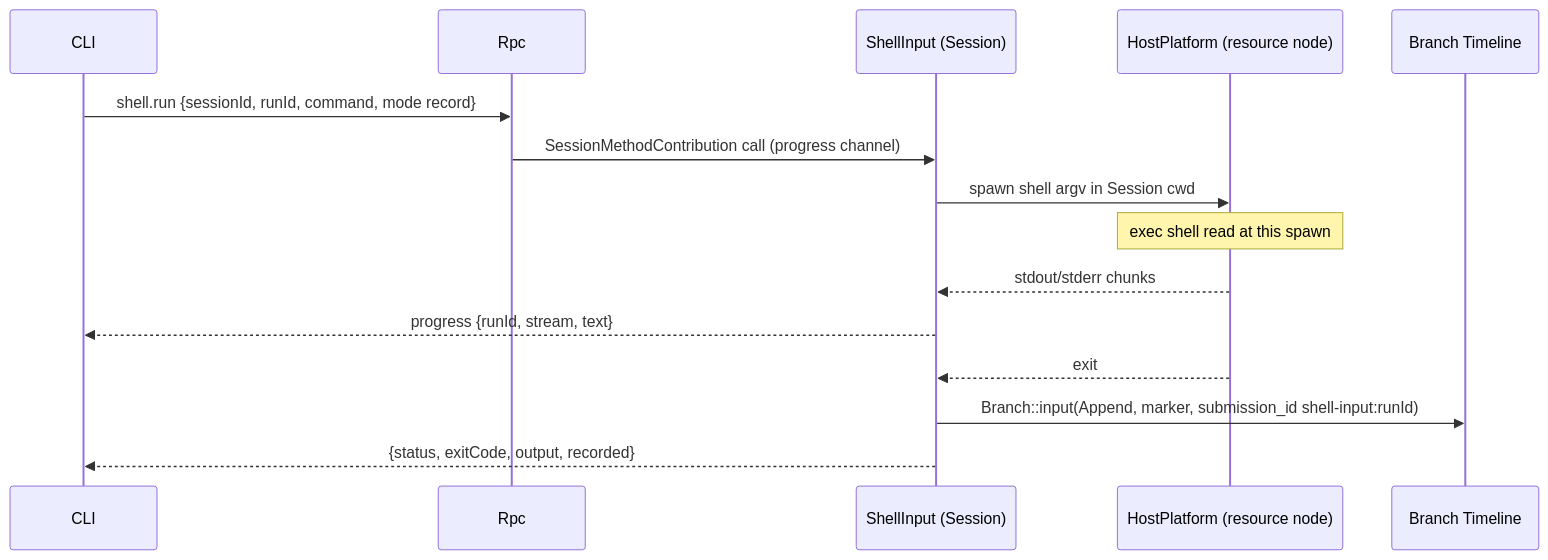
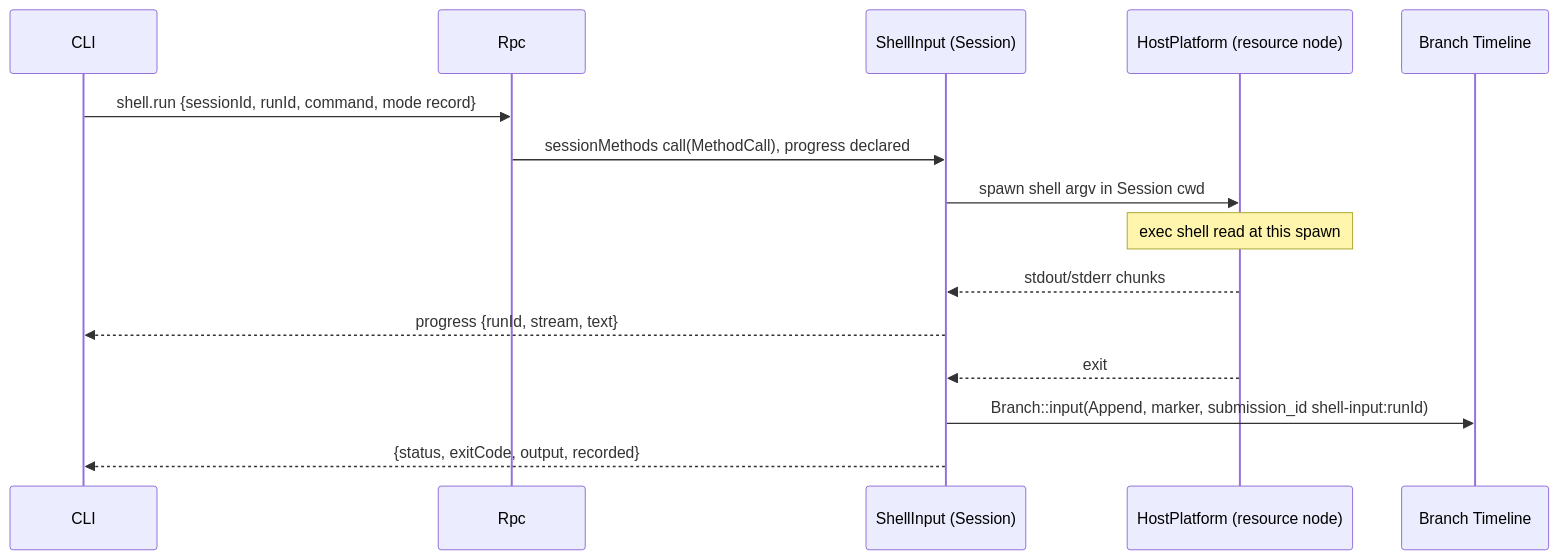
Before and after one commit to CoutinhoTTS/dim-agent: the third of 5 diagrams in docs/design/plugins/ShellInput.md, drawn with Mermaid. The commit also changed other lines of this file and 3 other files, not shown here.

````diff
--- a/docs/design/plugins/ShellInput.md
+++ b/docs/design/plugins/ShellInput.md
@@ -67,17 +67,17 @@
 ```mermaid
 sequenceDiagram
   participant C as CLI
   participant R as Rpc
   participant SI as ShellInput (Session)
   participant HP as HostPlatform (resource node)
   participant TL as Branch Timeline
   C->>R: shell.run {sessionId, runId, command, mode record}
-  R->>SI: SessionMethodContribution call (progress channel)
+  R->>SI: sessionMethods call(MethodCall), progress declared
   SI->>HP: spawn shell argv in Session cwd
   Note over HP: exec shell read at this spawn
   HP-->>SI: stdout/stderr chunks
   SI-->>C: progress {runId, stream, text}
   HP-->>SI: exit
   SI->>TL: Branch::input(Append, marker, submission_id shell-input:runId)
   SI-->>C: {status, exitCode, output, recorded}
 ```
````
